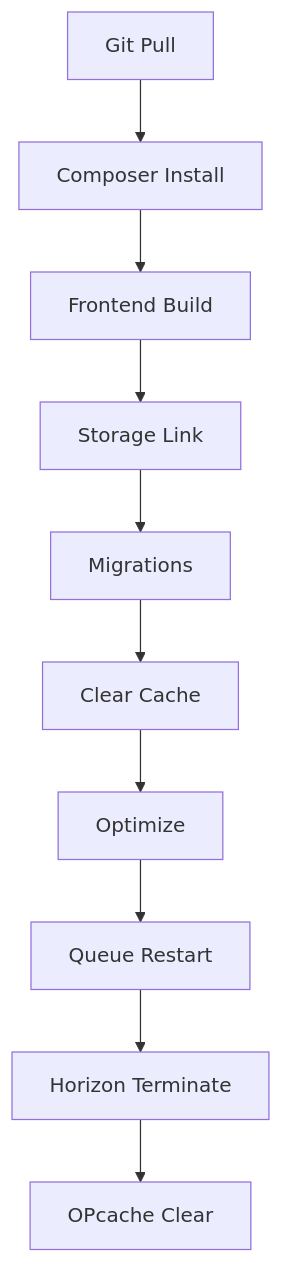
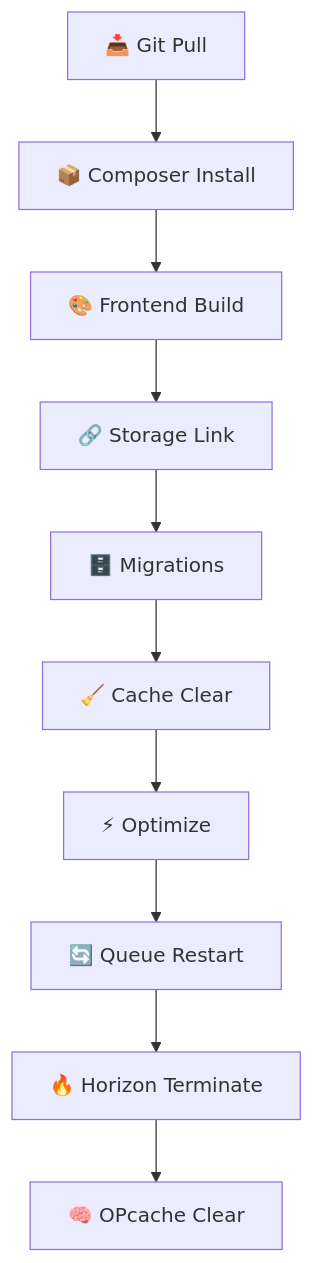
The diagram in README.md (Arseno25/laravel-hosting-deploy), drawn with Mermaid before and after one commit. The commit also changed other lines of this file, not shown here.

````diff
--- a/README.md
+++ b/README.md
@@ -233,12 +1016,12 @@
 ```mermaid
 graph TD
-    A[Git Pull] --> B[Composer Install]
-    B --> C[Frontend Build]
-    C --> D[Storage Link]
-    D --> E[Migrations]
-    E --> F[Clear Cache]
-    F --> G[Optimize]
-    G --> H[Queue Restart]
-    H --> I[Horizon Terminate]
-    I --> J[OPcache Clear]
+    A[📥 Git Pull] --> B[📦 Composer Install]
+    B --> C[🎨 Frontend Build]
+    C --> D[🔗 Storage Link]
+    D --> E[🗄️ Migrations]
+    E --> F[🧹 Cache Clear]
+    F --> G[⚡ Optimize]
+    G --> H[🔄 Queue Restart]
+    H --> I[🔥 Horizon Terminate]
+    I --> J[🧠 OPcache Clear]
 ```
````
